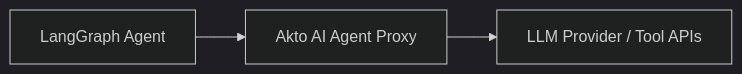
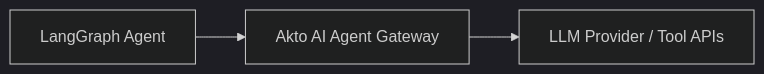
Before and after one commit to akto-api-security/Documentation: the diagram in akto-argus-agentic-ai-security-for-homegrown-ai/connectors/ai-agent-security/langgraph.md, drawn with Mermaid (dark theme). The commit also changed other lines of this file and 4 other files, not shown here.

Commit message:
p2- changing the word proxy to gateway in the docs

````diff
--- a/akto-argus-agentic-ai-security-for-homegrown-ai/connectors/ai-agent-security/langgraph.md
+++ b/akto-argus-agentic-ai-security-for-homegrown-ai/connectors/ai-agent-security/langgraph.md
@@ -35,5 +35,5 @@
 ```mermaid
 graph LR
-    A[LangGraph Agent] --> B[Akto AI Agent Proxy]
+    A[LangGraph Agent] --> B[Akto AI Agent Gateway]
     B --> C[LLM Provider / Tool APIs]
 ```
````
